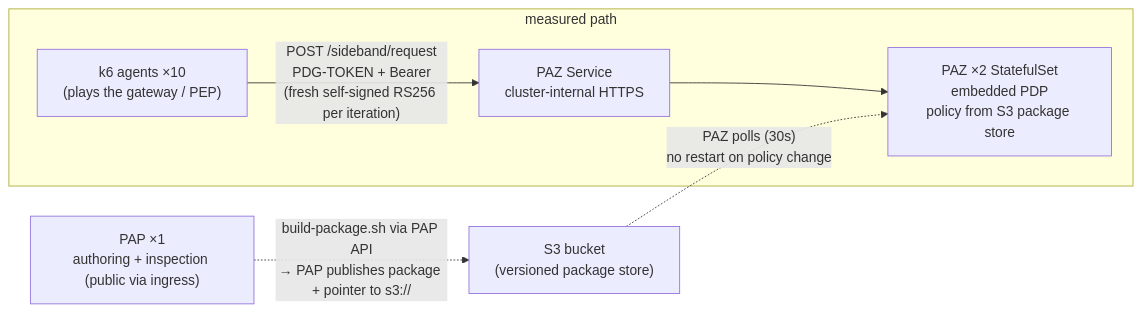
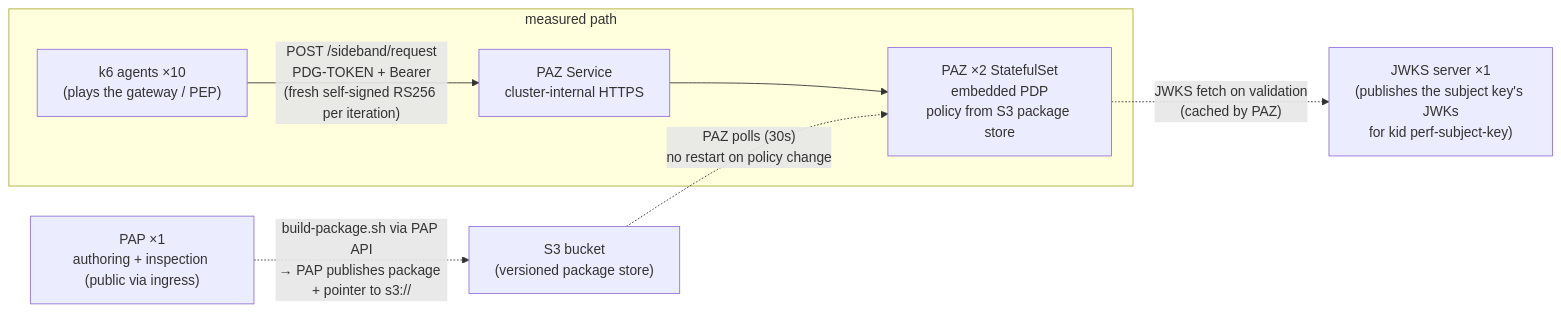
Before and after one commit to carbonefederico/pingauthorize-sideband-perf: the diagram in README.md, drawn with Mermaid.

Commit message:
docs: add the JWKS server to the architecture diagram
The diagram still reflected the trusted-certificate era and omitted the
<release>-jwks pod that the shipped token-validation model depends on.
The JWKS server sits beside the measured path (PAZ fetches and caches the
key set during validation); the edge is drawn dashed like the other
background interactions.

````diff
--- a/README.md
+++ b/README.md
@@ -24,15 +24,17 @@
 ```mermaid
 flowchart LR
     subgraph "measured path"
     k6["k6 agents ×10<br/>(plays the gateway / PEP)"]
     svc["PAZ Service<br/>cluster-internal HTTPS"]
     paz["PAZ ×2 StatefulSet<br/>embedded PDP<br/>policy from S3 package store"]
     end
+    jwks["JWKS server ×1<br/>(publishes the subject key's JWKs<br/>for kid perf-subject-key)"]
     pap["PAP ×1<br/>authoring + inspection (public via ingress)"]
     s3["S3 bucket<br/>(versioned package store)"]
 
     k6 -- "POST /sideband/request<br/>PDG-TOKEN + Bearer<br/>(fresh self-signed RS256 per iteration)" --> svc
     svc --> paz
+    paz -. "JWKS fetch on validation<br/>(cached by PAZ)" .-> jwks
     pap -. "build-package.sh via PAP API<br/>→ PAP publishes package + pointer to s3://" .-> s3
     s3 -. "PAZ polls (30s)<br/>no restart on policy change" .-> paz
 ```
````
